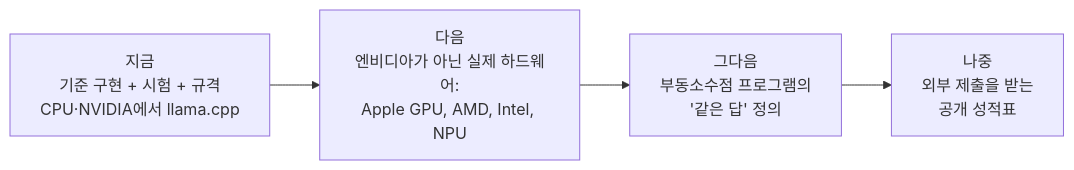
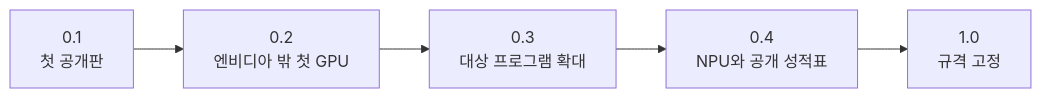
Before and after one commit to ailab-kr/opencuda: the fourth of 4 diagrams in README.ko.md, drawn with Mermaid. The commit also changed other lines of this file and 3 other files, not shown here.

First line of the commit message:
docs: roadmap as milestones 0.1 to 1.0 with exit measures

````diff
--- a/README.ko.md
+++ b/README.ko.md
@@ -348,6 +348,7 @@
 ```mermaid
 flowchart LR
-    N1["지금<br/>기준 구현 + 시험 + 규격<br/>CPU·NVIDIA에서 llama.cpp"] --> N2["다음<br/>엔비디아가 아닌 실제 하드웨어:<br/>Apple GPU, AMD, Intel, NPU"]
-    N2 --> N3["그다음<br/>부동소수점 프로그램의<br/>'같은 답' 정의"]
-    N3 --> N4["나중<br/>외부 제출을 받는<br/>공개 성적표"]
+    M1["0.1<br/>첫 공개판"] --> M2["0.2<br/>엔비디아 밖 첫 GPU"]
+    M2 --> M3["0.3<br/>대상 프로그램 확대"]
+    M3 --> M4["0.4<br/>NPU와 공개 성적표"]
+    M4 --> M5["1.0<br/>규격 고정"]
 ```
````
